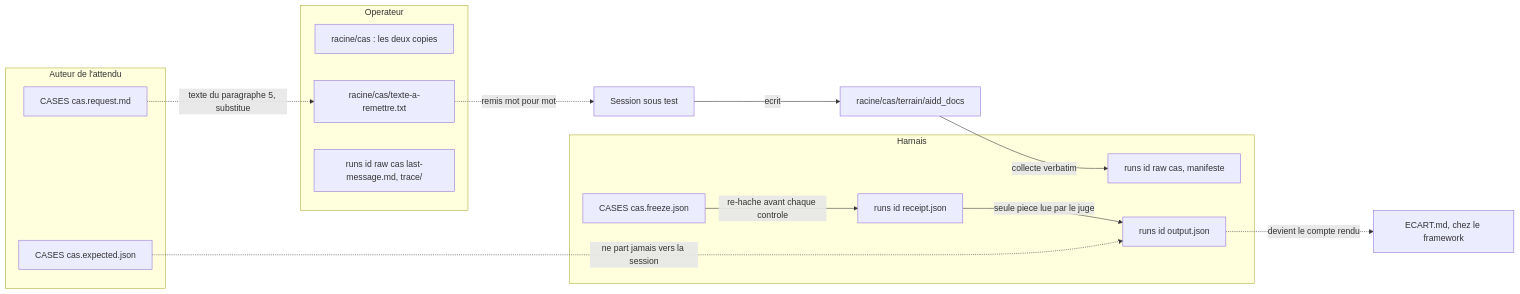
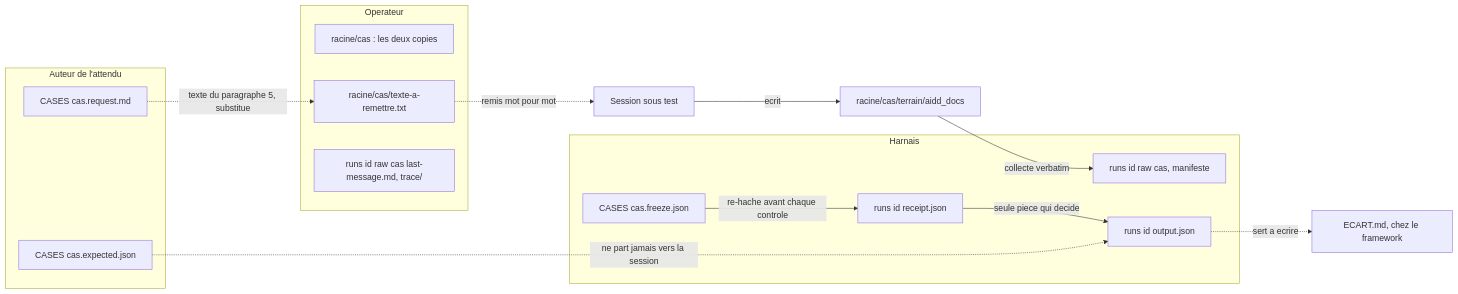
One commit to giak/aidd-device changed the fourth of 5 diagrams in docs/ARCHITECTURE.md. Above: the diagram before and after it, drawn with Mermaid. The commit also changed other lines of this file and 3 other files, not shown here.

First line of the commit message:
Réparer le frontmatter d'ARCHITECTURE et la remettre sur ses pièces

````diff
--- a/docs/ARCHITECTURE.md
+++ b/docs/ARCHITECTURE.md
@@ -165,26 +200,26 @@
 ```mermaid
 flowchart LR
   subgraph Auth["Auteur de l'attendu"]
     R1["CASES cas.request.md"]
     R2["CASES cas.expected.json"]
   end
   subgraph Har["Harnais"]
     H1["CASES cas.freeze.json"]
     H2["runs id raw cas, manifeste"]
     H3["runs id receipt.json"]
     H4["runs id output.json"]
   end
   subgraph Ope["Operateur"]
     O1["racine/cas : les deux copies"]
     O2["racine/cas/texte-a-remettre.txt"]
     O3["runs id raw cas last-message.md, trace/"]
   end
   Ses["Session sous test"] -->|"ecrit"| S1["racine/cas/terrain/aidd_docs"]
   R1 -.->|"texte du paragraphe 5, substitue"| O2
   O2 -.->|"remis mot pour mot"| Ses
   S1 -->|"collecte verbatim"| H2
   H1 -->|"re-hache avant chaque controle"| H3
-  H3 -->|"seule piece lue par le juge"| H4
+  H3 -->|"seule piece qui decide"| H4
   R2 -.->|"ne part jamais vers la session"| H4
-  H4 -.->|"devient le compte rendu"| EC["ECART.md, chez le framework"]
+  H4 -.->|"sert a ecrire"| EC["ECART.md, chez le framework"]
 ```
````
